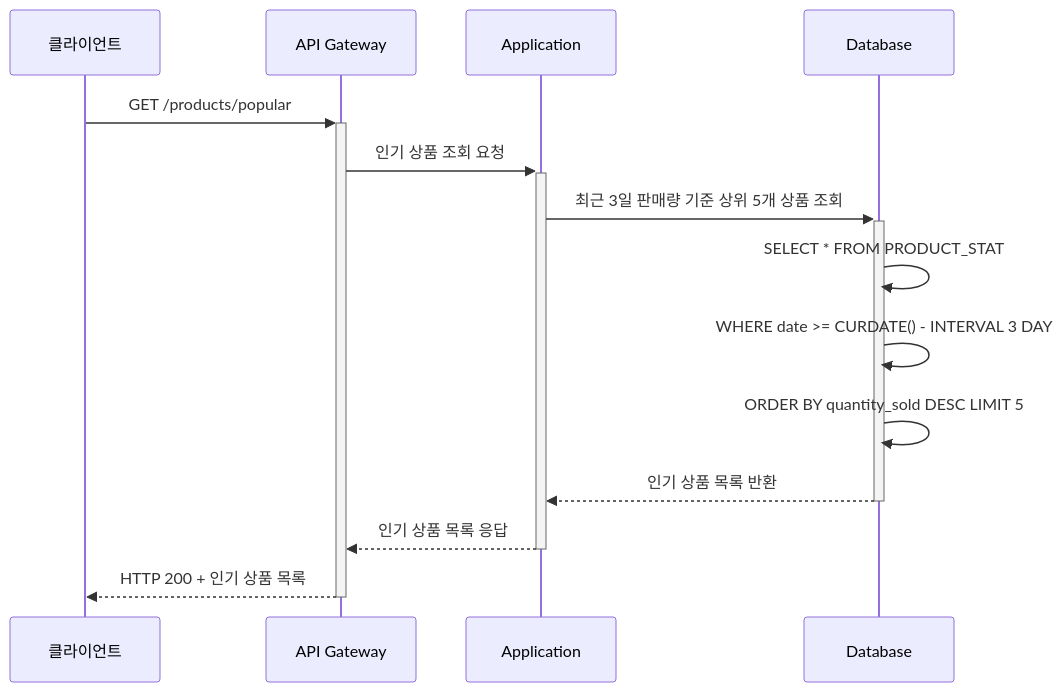
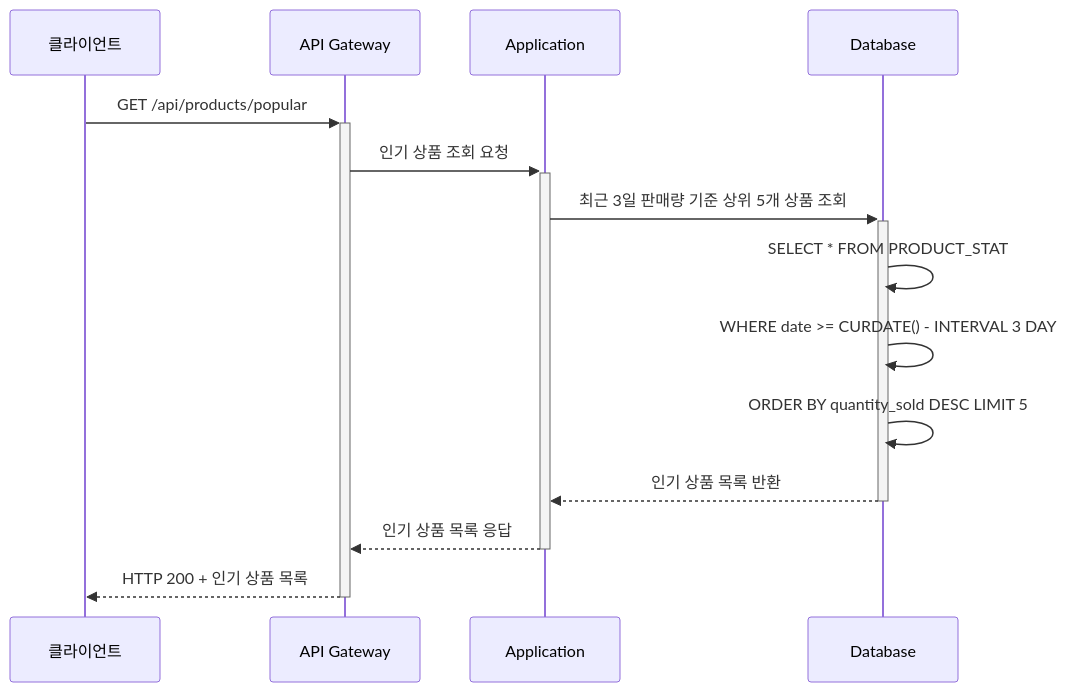
One commit to yuni02/hhplus-ecommerce changed the sixth of 7 diagrams in docs/sequence_diagram.md. Above: the diagram before and after it, drawn with Mermaid. The commit also changed other lines of this file and 2 other files, not shown here.

````diff
--- a/docs/sequence_diagram.md
+++ b/docs/sequence_diagram.md
@@ -173,19 +173,19 @@
 ```mermaid
 sequenceDiagram
     participant Client as 클라이언트
     participant API as API Gateway
     participant App as Application
     participant DB as Database
     
-    Client->>+API: GET /products/popular
+    Client->>+API: GET /api/products/popular
     API->>+App: 인기 상품 조회 요청
     
     App->>+DB: 최근 3일 판매량 기준 상위 5개 상품 조회
     DB->>DB: SELECT * FROM PRODUCT_STAT
     DB->>DB: WHERE date >= CURDATE() - INTERVAL 3 DAY
     DB->>DB: ORDER BY quantity_sold DESC LIMIT 5
     DB-->>-App: 인기 상품 목록 반환
     
     App-->>-API: 인기 상품 목록 응답
     API-->>-Client: HTTP 200 + 인기 상품 목록
 ```
````
